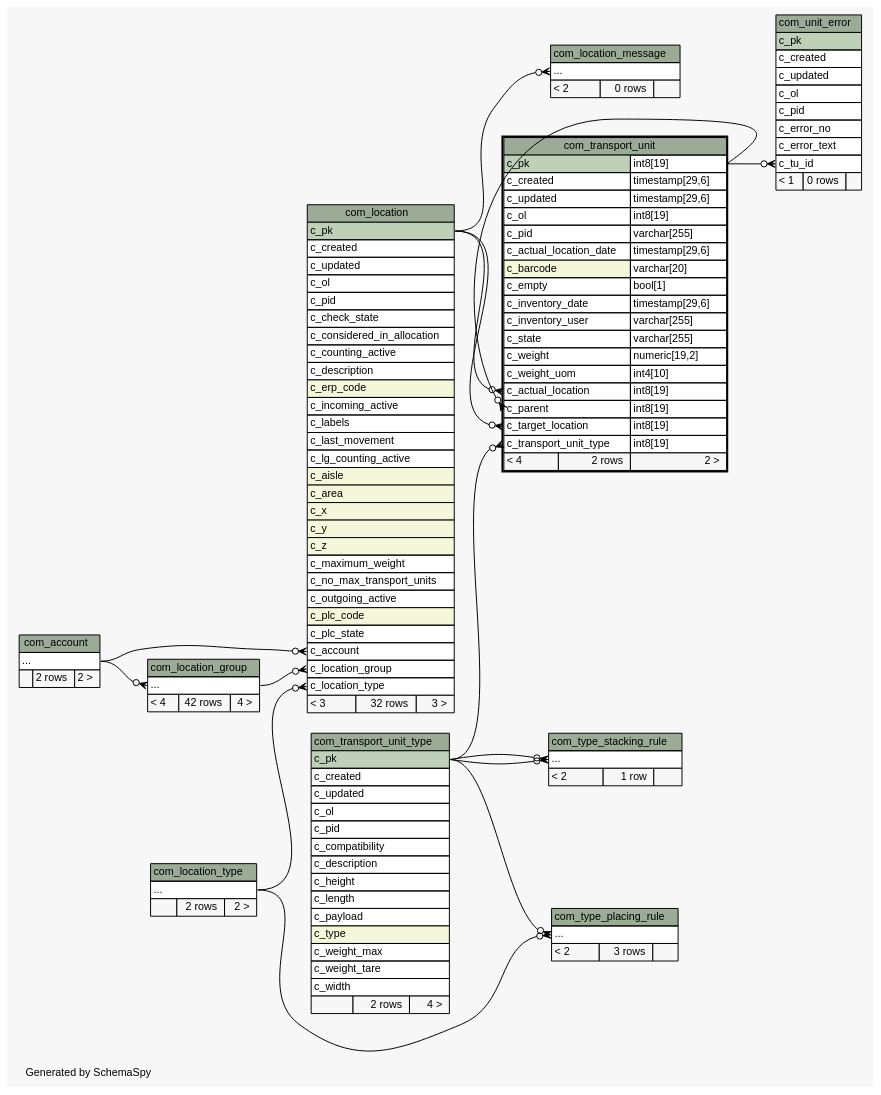
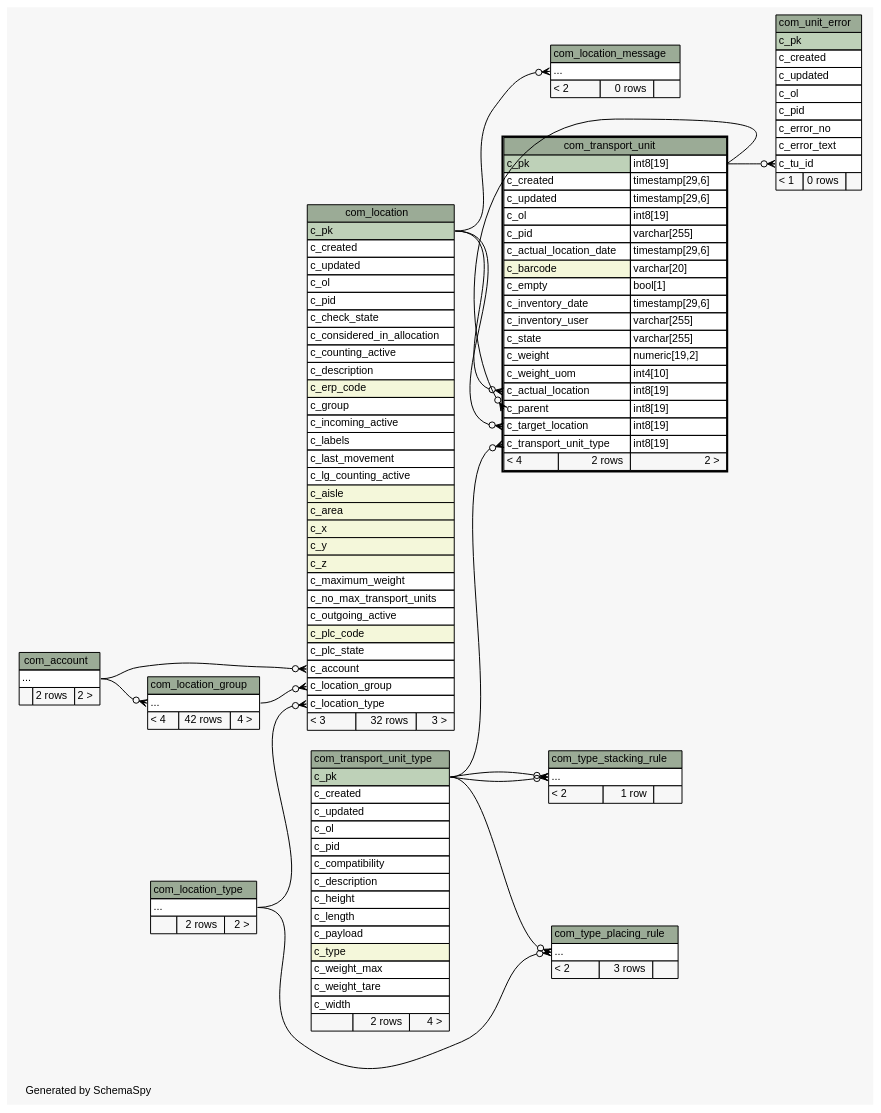
One commit to openwms/org.openwms.common.service.lib changed the diagram in 1.7.0-SNAPSHOT/schemaspy/diagrams/com_transport_unit.2degrees.dot. Above: the diagram before and after it, drawn with Graphviz. The commit also changed 418 other files, not shown here.

```diff
--- a/1.7.0-SNAPSHOT/schemaspy/diagrams/com_transport_unit.2degrees.dot
+++ b/1.7.0-SNAPSHOT/schemaspy/diagrams/com_transport_unit.2degrees.dot
@@ -1,198 +1,199 @@
 // dot 2.38.0 on Linux 4.15.0-1077-gcp
 // SchemaSpy rev Unknown
 digraph "twoDegreesRelationshipsDiagram" {
   graph [
     rankdir="RL"
     bgcolor="#f7f7f7"
     label="\nGenerated by SchemaSpy"
     labeljust="l"
     nodesep="0.18"
     ranksep="0.46"
     fontname="Helvetica"
     fontsize="11"
   ];
   node [
     fontname="Helvetica"
     fontsize="11"
     shape="plaintext"
   ];
   edge [
     arrowsize="0.8"
   ];
   "com_location":"c_account":w -> "com_account":"elipses":e [arrowhead=none dir=back arrowtail=crowodot];
   "com_location":"c_location_group":w -> "com_location_group":"elipses":e [arrowhead=none dir=back arrowtail=crowodot];
   "com_location":"c_location_type":w -> "com_location_type":"elipses":e [arrowhead=none dir=back arrowtail=crowodot];
   "com_location_group":"elipses":w -> "com_account":"elipses":e [arrowhead=none dir=back arrowtail=crowodot];
   "com_location_message":"elipses":w -> "com_location":"c_pk":e [arrowhead=none dir=back arrowtail=crowodot];
   "com_transport_unit":"c_actual_location":w -> "com_location":"c_pk":e [arrowhead=none dir=back arrowtail=crowodot];
   "com_transport_unit":"c_parent":w -> "com_transport_unit":"c_pk.type":e [arrowhead=none dir=back arrowtail=crowodot];
   "com_transport_unit":"c_target_location":w -> "com_location":"c_pk":e [arrowhead=none dir=back arrowtail=crowodot];
   "com_transport_unit":"c_transport_unit_type":w -> "com_transport_unit_type":"c_pk":e [arrowhead=none dir=back arrowtail=crowodot];
   "com_type_placing_rule":"elipses":w -> "com_location_type":"elipses":e [arrowhead=none dir=back arrowtail=crowodot];
   "com_type_placing_rule":"elipses":w -> "com_transport_unit_type":"c_pk":e [arrowhead=none dir=back arrowtail=crowodot];
   "com_type_stacking_rule":"elipses":w -> "com_transport_unit_type":"c_pk":e [arrowhead=none dir=back arrowtail=crowodot];
   "com_type_stacking_rule":"elipses":w -> "com_transport_unit_type":"c_pk":e [arrowhead=none dir=back arrowtail=crowodot];
   "com_unit_error":"c_tu_id":w -> "com_transport_unit":"c_pk.type":e [arrowhead=none dir=back arrowtail=crowodot];
   "com_account" [
     label=<
     <TABLE BORDER="0" CELLBORDER="1" CELLSPACING="0" BGCOLOR="#ffffff">
       <TR><TD COLSPAN="3" BGCOLOR="#9bab96" ALIGN="CENTER">com_account</TD></TR>
       <TR><TD PORT="elipses" COLSPAN="3" ALIGN="LEFT">...</TD></TR>
       <TR><TD ALIGN="LEFT" BGCOLOR="#f7f7f7">  </TD><TD ALIGN="RIGHT" BGCOLOR="#f7f7f7">2 rows</TD><TD ALIGN="RIGHT" BGCOLOR="#f7f7f7">2 &gt;</TD></TR>
     </TABLE>>
     URL="com_account.html"
     tooltip="com_account"
   ];
   "com_location" [
     label=<
     <TABLE BORDER="0" CELLBORDER="1" CELLSPACING="0" BGCOLOR="#ffffff">
       <TR><TD COLSPAN="3" BGCOLOR="#9bab96" ALIGN="CENTER">com_location</TD></TR>
       <TR><TD PORT="c_pk" COLSPAN="3" BGCOLOR="#bed1b8" ALIGN="LEFT">c_pk</TD></TR>
       <TR><TD PORT="c_created" COLSPAN="3" ALIGN="LEFT">c_created</TD></TR>
       <TR><TD PORT="c_updated" COLSPAN="3" ALIGN="LEFT">c_updated</TD></TR>
       <TR><TD PORT="c_ol" COLSPAN="3" ALIGN="LEFT">c_ol</TD></TR>
       <TR><TD PORT="c_pid" COLSPAN="3" ALIGN="LEFT">c_pid</TD></TR>
       <TR><TD PORT="c_check_state" COLSPAN="3" ALIGN="LEFT">c_check_state</TD></TR>
       <TR><TD PORT="c_considered_in_allocation" COLSPAN="3" ALIGN="LEFT">c_considered_in_allocation</TD></TR>
       <TR><TD PORT="c_counting_active" COLSPAN="3" ALIGN="LEFT">c_counting_active</TD></TR>
       <TR><TD PORT="c_description" COLSPAN="3" ALIGN="LEFT">c_description</TD></TR>
       <TR><TD PORT="c_erp_code" COLSPAN="3" BGCOLOR="#f4f7da" ALIGN="LEFT">c_erp_code</TD></TR>
+      <TR><TD PORT="c_group" COLSPAN="3" ALIGN="LEFT">c_group</TD></TR>
       <TR><TD PORT="c_incoming_active" COLSPAN="3" ALIGN="LEFT">c_incoming_active</TD></TR>
       <TR><TD PORT="c_labels" COLSPAN="3" ALIGN="LEFT">c_labels</TD></TR>
       <TR><TD PORT="c_last_movement" COLSPAN="3" ALIGN="LEFT">c_last_movement</TD></TR>
       <TR><TD PORT="c_lg_counting_active" COLSPAN="3" ALIGN="LEFT">c_lg_counting_active</TD></TR>
       <TR><TD PORT="c_aisle" COLSPAN="3" BGCOLOR="#f4f7da" ALIGN="LEFT">c_aisle</TD></TR>
       <TR><TD PORT="c_area" COLSPAN="3" BGCOLOR="#f4f7da" ALIGN="LEFT">c_area</TD></TR>
       <TR><TD PORT="c_x" COLSPAN="3" BGCOLOR="#f4f7da" ALIGN="LEFT">c_x</TD></TR>
       <TR><TD PORT="c_y" COLSPAN="3" BGCOLOR="#f4f7da" ALIGN="LEFT">c_y</TD></TR>
       <TR><TD PORT="c_z" COLSPAN="3" BGCOLOR="#f4f7da" ALIGN="LEFT">c_z</TD></TR>
       <TR><TD PORT="c_maximum_weight" COLSPAN="3" ALIGN="LEFT">c_maximum_weight</TD></TR>
       <TR><TD PORT="c_no_max_transport_units" COLSPAN="3" ALIGN="LEFT">c_no_max_transport_units</TD></TR>
       <TR><TD PORT="c_outgoing_active" COLSPAN="3" ALIGN="LEFT">c_outgoing_active</TD></TR>
       <TR><TD PORT="c_plc_code" COLSPAN="3" BGCOLOR="#f4f7da" ALIGN="LEFT">c_plc_code</TD></TR>
       <TR><TD PORT="c_plc_state" COLSPAN="3" ALIGN="LEFT">c_plc_state</TD></TR>
       <TR><TD PORT="c_account" COLSPAN="3" ALIGN="LEFT">c_account</TD></TR>
       <TR><TD PORT="c_location_group" COLSPAN="3" ALIGN="LEFT">c_location_group</TD></TR>
       <TR><TD PORT="c_location_type" COLSPAN="3" ALIGN="LEFT">c_location_type</TD></TR>
       <TR><TD ALIGN="LEFT" BGCOLOR="#f7f7f7">&lt; 3</TD><TD ALIGN="RIGHT" BGCOLOR="#f7f7f7">32 rows</TD><TD ALIGN="RIGHT" BGCOLOR="#f7f7f7">3 &gt;</TD></TR>
     </TABLE>>
     URL="com_location.html"
     tooltip="com_location"
   ];
   "com_location_group" [
     label=<
     <TABLE BORDER="0" CELLBORDER="1" CELLSPACING="0" BGCOLOR="#ffffff">
       <TR><TD COLSPAN="3" BGCOLOR="#9bab96" ALIGN="CENTER">com_location_group</TD></TR>
       <TR><TD PORT="elipses" COLSPAN="3" ALIGN="LEFT">...</TD></TR>
       <TR><TD ALIGN="LEFT" BGCOLOR="#f7f7f7">&lt; 4</TD><TD ALIGN="RIGHT" BGCOLOR="#f7f7f7">42 rows</TD><TD ALIGN="RIGHT" BGCOLOR="#f7f7f7">4 &gt;</TD></TR>
     </TABLE>>
     URL="com_location_group.html"
     tooltip="com_location_group"
   ];
   "com_location_message" [
     label=<
     <TABLE BORDER="0" CELLBORDER="1" CELLSPACING="0" BGCOLOR="#ffffff">
       <TR><TD COLSPAN="3" BGCOLOR="#9bab96" ALIGN="CENTER">com_location_message</TD></TR>
       <TR><TD PORT="elipses" COLSPAN="3" ALIGN="LEFT">...</TD></TR>
       <TR><TD ALIGN="LEFT" BGCOLOR="#f7f7f7">&lt; 2</TD><TD ALIGN="RIGHT" BGCOLOR="#f7f7f7">0 rows</TD><TD ALIGN="RIGHT" BGCOLOR="#f7f7f7">  </TD></TR>
     </TABLE>>
     URL="com_location_message.html"
     tooltip="com_location_message"
   ];
   "com_location_type" [
     label=<
     <TABLE BORDER="0" CELLBORDER="1" CELLSPACING="0" BGCOLOR="#ffffff">
       <TR><TD COLSPAN="3" BGCOLOR="#9bab96" ALIGN="CENTER">com_location_type</TD></TR>
       <TR><TD PORT="elipses" COLSPAN="3" ALIGN="LEFT">...</TD></TR>
       <TR><TD ALIGN="LEFT" BGCOLOR="#f7f7f7">  </TD><TD ALIGN="RIGHT" BGCOLOR="#f7f7f7">2 rows</TD><TD ALIGN="RIGHT" BGCOLOR="#f7f7f7">2 &gt;</TD></TR>
     </TABLE>>
     URL="com_location_type.html"
     tooltip="com_location_type"
   ];
   "com_transport_unit" [
     label=<
     <TABLE BORDER="2" CELLBORDER="1" CELLSPACING="0" BGCOLOR="#ffffff">
       <TR><TD COLSPAN="3" BGCOLOR="#9bab96" ALIGN="CENTER">com_transport_unit</TD></TR>
       <TR><TD PORT="c_pk" COLSPAN="2" BGCOLOR="#bed1b8" ALIGN="LEFT">c_pk</TD><TD PORT="c_pk.type" ALIGN="LEFT">int8[19]</TD></TR>
       <TR><TD PORT="c_created" COLSPAN="2" ALIGN="LEFT">c_created</TD><TD PORT="c_created.type" ALIGN="LEFT">timestamp[29,6]</TD></TR>
       <TR><TD PORT="c_updated" COLSPAN="2" ALIGN="LEFT">c_updated</TD><TD PORT="c_updated.type" ALIGN="LEFT">timestamp[29,6]</TD></TR>
       <TR><TD PORT="c_ol" COLSPAN="2" ALIGN="LEFT">c_ol</TD><TD PORT="c_ol.type" ALIGN="LEFT">int8[19]</TD></TR>
       <TR><TD PORT="c_pid" COLSPAN="2" ALIGN="LEFT">c_pid</TD><TD PORT="c_pid.type" ALIGN="LEFT">varchar[255]</TD></TR>
       <TR><TD PORT="c_actual_location_date" COLSPAN="2" ALIGN="LEFT">c_actual_location_date</TD><TD PORT="c_actual_location_date.type" ALIGN="LEFT">timestamp[29,6]</TD></TR>
       <TR><TD PORT="c_barcode" COLSPAN="2" BGCOLOR="#f4f7da" ALIGN="LEFT">c_barcode</TD><TD PORT="c_barcode.type" ALIGN="LEFT">varchar[20]</TD></TR>
       <TR><TD PORT="c_empty" COLSPAN="2" ALIGN="LEFT">c_empty</TD><TD PORT="c_empty.type" ALIGN="LEFT">bool[1]</TD></TR>
       <TR><TD PORT="c_inventory_date" COLSPAN="2" ALIGN="LEFT">c_inventory_date</TD><TD PORT="c_inventory_date.type" ALIGN="LEFT">timestamp[29,6]</TD></TR>
       <TR><TD PORT="c_inventory_user" COLSPAN="2" ALIGN="LEFT">c_inventory_user</TD><TD PORT="c_inventory_user.type" ALIGN="LEFT">varchar[255]</TD></TR>
       <TR><TD PORT="c_state" COLSPAN="2" ALIGN="LEFT">c_state</TD><TD PORT="c_state.type" ALIGN="LEFT">varchar[255]</TD></TR>
       <TR><TD PORT="c_weight" COLSPAN="2" ALIGN="LEFT">c_weight</TD><TD PORT="c_weight.type" ALIGN="LEFT">numeric[19,2]</TD></TR>
       <TR><TD PORT="c_weight_uom" COLSPAN="2" ALIGN="LEFT">c_weight_uom</TD><TD PORT="c_weight_uom.type" ALIGN="LEFT">int4[10]</TD></TR>
       <TR><TD PORT="c_actual_location" COLSPAN="2" ALIGN="LEFT">c_actual_location</TD><TD PORT="c_actual_location.type" ALIGN="LEFT">int8[19]</TD></TR>
       <TR><TD PORT="c_parent" COLSPAN="2" ALIGN="LEFT">c_parent</TD><TD PORT="c_parent.type" ALIGN="LEFT">int8[19]</TD></TR>
       <TR><TD PORT="c_target_location" COLSPAN="2" ALIGN="LEFT">c_target_location</TD><TD PORT="c_target_location.type" ALIGN="LEFT">int8[19]</TD></TR>
       <TR><TD PORT="c_transport_unit_type" COLSPAN="2" ALIGN="LEFT">c_transport_unit_type</TD><TD PORT="c_transport_unit_type.type" ALIGN="LEFT">int8[19]</TD></TR>
       <TR><TD ALIGN="LEFT" BGCOLOR="#f7f7f7">&lt; 4</TD><TD ALIGN="RIGHT" BGCOLOR="#f7f7f7">2 rows</TD><TD ALIGN="RIGHT" BGCOLOR="#f7f7f7">2 &gt;</TD></TR>
     </TABLE>>
     URL="com_transport_unit.html"
     tooltip="com_transport_unit"
   ];
   "com_transport_unit_type" [
     label=<
     <TABLE BORDER="0" CELLBORDER="1" CELLSPACING="0" BGCOLOR="#ffffff">
       <TR><TD COLSPAN="3" BGCOLOR="#9bab96" ALIGN="CENTER">com_transport_unit_type</TD></TR>
       <TR><TD PORT="c_pk" COLSPAN="3" BGCOLOR="#bed1b8" ALIGN="LEFT">c_pk</TD></TR>
       <TR><TD PORT="c_created" COLSPAN="3" ALIGN="LEFT">c_created</TD></TR>
       <TR><TD PORT="c_updated" COLSPAN="3" ALIGN="LEFT">c_updated</TD></TR>
       <TR><TD PORT="c_ol" COLSPAN="3" ALIGN="LEFT">c_ol</TD></TR>
       <TR><TD PORT="c_pid" COLSPAN="3" ALIGN="LEFT">c_pid</TD></TR>
       <TR><TD PORT="c_compatibility" COLSPAN="3" ALIGN="LEFT">c_compatibility</TD></TR>
       <TR><TD PORT="c_description" COLSPAN="3" ALIGN="LEFT">c_description</TD></TR>
       <TR><TD PORT="c_height" COLSPAN="3" ALIGN="LEFT">c_height</TD></TR>
       <TR><TD PORT="c_length" COLSPAN="3" ALIGN="LEFT">c_length</TD></TR>
       <TR><TD PORT="c_payload" COLSPAN="3" ALIGN="LEFT">c_payload</TD></TR>
       <TR><TD PORT="c_type" COLSPAN="3" BGCOLOR="#f4f7da" ALIGN="LEFT">c_type</TD></TR>
       <TR><TD PORT="c_weight_max" COLSPAN="3" ALIGN="LEFT">c_weight_max</TD></TR>
       <TR><TD PORT="c_weight_tare" COLSPAN="3" ALIGN="LEFT">c_weight_tare</TD></TR>
       <TR><TD PORT="c_width" COLSPAN="3" ALIGN="LEFT">c_width</TD></TR>
       <TR><TD ALIGN="LEFT" BGCOLOR="#f7f7f7">  </TD><TD ALIGN="RIGHT" BGCOLOR="#f7f7f7">2 rows</TD><TD ALIGN="RIGHT" BGCOLOR="#f7f7f7">4 &gt;</TD></TR>
     </TABLE>>
     URL="com_transport_unit_type.html"
     tooltip="com_transport_unit_type"
   ];
   "com_type_placing_rule" [
     label=<
     <TABLE BORDER="0" CELLBORDER="1" CELLSPACING="0" BGCOLOR="#ffffff">
       <TR><TD COLSPAN="3" BGCOLOR="#9bab96" ALIGN="CENTER">com_type_placing_rule</TD></TR>
       <TR><TD PORT="elipses" COLSPAN="3" ALIGN="LEFT">...</TD></TR>
       <TR><TD ALIGN="LEFT" BGCOLOR="#f7f7f7">&lt; 2</TD><TD ALIGN="RIGHT" BGCOLOR="#f7f7f7">3 rows</TD><TD ALIGN="RIGHT" BGCOLOR="#f7f7f7">  </TD></TR>
     </TABLE>>
     URL="com_type_placing_rule.html"
     tooltip="com_type_placing_rule"
   ];
   "com_type_stacking_rule" [
     label=<
     <TABLE BORDER="0" CELLBORDER="1" CELLSPACING="0" BGCOLOR="#ffffff">
       <TR><TD COLSPAN="3" BGCOLOR="#9bab96" ALIGN="CENTER">com_type_stacking_rule</TD></TR>
       <TR><TD PORT="elipses" COLSPAN="3" ALIGN="LEFT">...</TD></TR>
       <TR><TD ALIGN="LEFT" BGCOLOR="#f7f7f7">&lt; 2</TD><TD ALIGN="RIGHT" BGCOLOR="#f7f7f7">1 row</TD><TD ALIGN="RIGHT" BGCOLOR="#f7f7f7">  </TD></TR>
     </TABLE>>
     URL="com_type_stacking_rule.html"
     tooltip="com_type_stacking_rule"
   ];
   "com_unit_error" [
     label=<
     <TABLE BORDER="0" CELLBORDER="1" CELLSPACING="0" BGCOLOR="#ffffff">
       <TR><TD COLSPAN="3" BGCOLOR="#9bab96" ALIGN="CENTER">com_unit_error</TD></TR>
       <TR><TD PORT="c_pk" COLSPAN="3" BGCOLOR="#bed1b8" ALIGN="LEFT">c_pk</TD></TR>
       <TR><TD PORT="c_created" COLSPAN="3" ALIGN="LEFT">c_created</TD></TR>
       <TR><TD PORT="c_updated" COLSPAN="3" ALIGN="LEFT">c_updated</TD></TR>
       <TR><TD PORT="c_ol" COLSPAN="3" ALIGN="LEFT">c_ol</TD></TR>
       <TR><TD PORT="c_pid" COLSPAN="3" ALIGN="LEFT">c_pid</TD></TR>
       <TR><TD PORT="c_error_no" COLSPAN="3" ALIGN="LEFT">c_error_no</TD></TR>
       <TR><TD PORT="c_error_text" COLSPAN="3" ALIGN="LEFT">c_error_text</TD></TR>
       <TR><TD PORT="c_tu_id" COLSPAN="3" ALIGN="LEFT">c_tu_id</TD></TR>
       <TR><TD ALIGN="LEFT" BGCOLOR="#f7f7f7">&lt; 1</TD><TD ALIGN="RIGHT" BGCOLOR="#f7f7f7">0 rows</TD><TD ALIGN="RIGHT" BGCOLOR="#f7f7f7">  </TD></TR>
     </TABLE>>
     URL="com_unit_error.html"
     tooltip="com_unit_error"
   ];
 }
```
